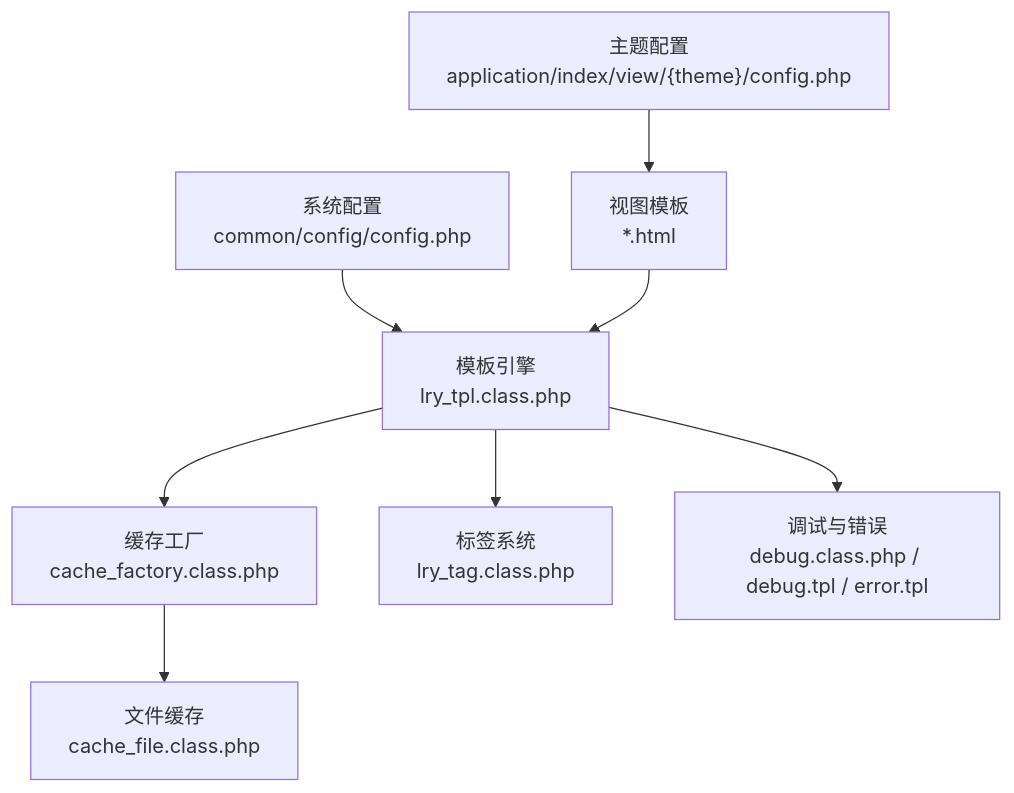
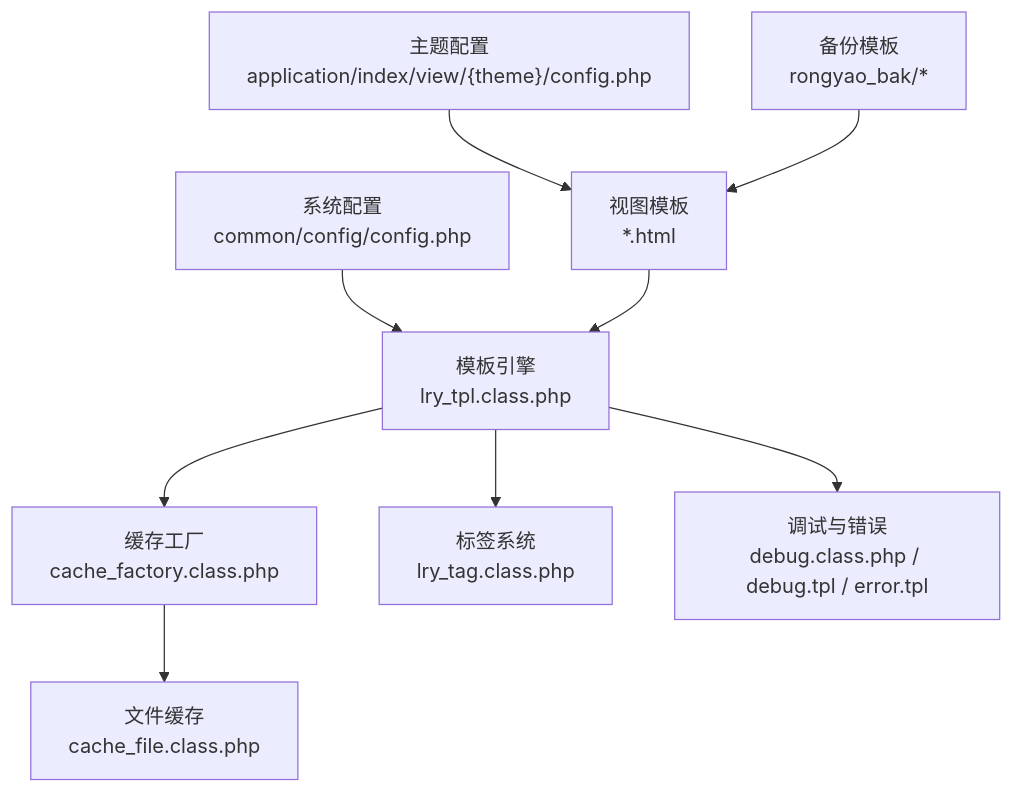
The first of 6 diagrams in .qoder/repowiki/zh/content/前台展示模块/模板系统配置.md (lirongyaoper/lryblog.com), drawn with Mermaid before and after one commit. The commit also changed other lines of this file and 13 other files, not shown here.

````diff
--- a/.qoder/repowiki/zh/content/前台展示模块/模板系统配置.md
+++ b/.qoder/repowiki/zh/content/前台展示模块/模板系统配置.md
@@ -64,18 +63,20 @@
 ```mermaid
 graph TB
 cfg["系统配置<br/>common/config/config.php"]
 theme_cfg["主题配置<br/>application/index/view/{theme}/config.php"]
 tpl_engine["模板引擎<br/>lry_tpl.class.php"]
 cache_factory["缓存工厂<br/>cache_factory.class.php"]
 cache_file["文件缓存<br/>cache_file.class.php"]
 tag_sys["标签系统<br/>lry_tag.class.php"]
 view["视图模板<br/>*.html"]
 debug["调试与错误<br/>debug.class.php / debug.tpl / error.tpl"]
+backup["备份模板<br/>rongyao_bak/*"]
 cfg --> tpl_engine
 theme_cfg --> view
 tpl_engine --> cache_factory
 cache_factory --> cache_file
 tpl_engine --> tag_sys
 view --> tpl_engine
 tpl_engine --> debug
+backup --> view
 ```
````
